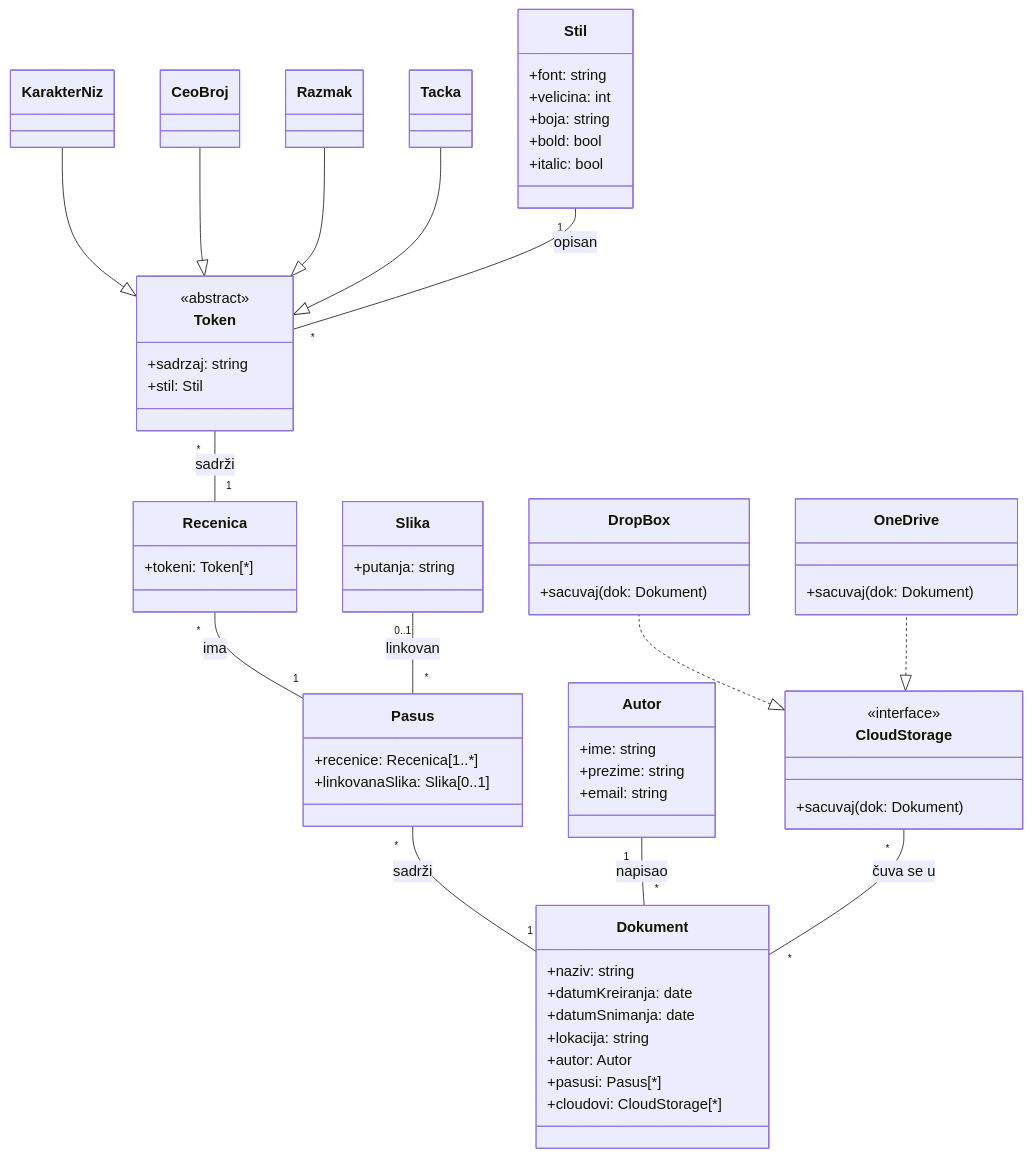
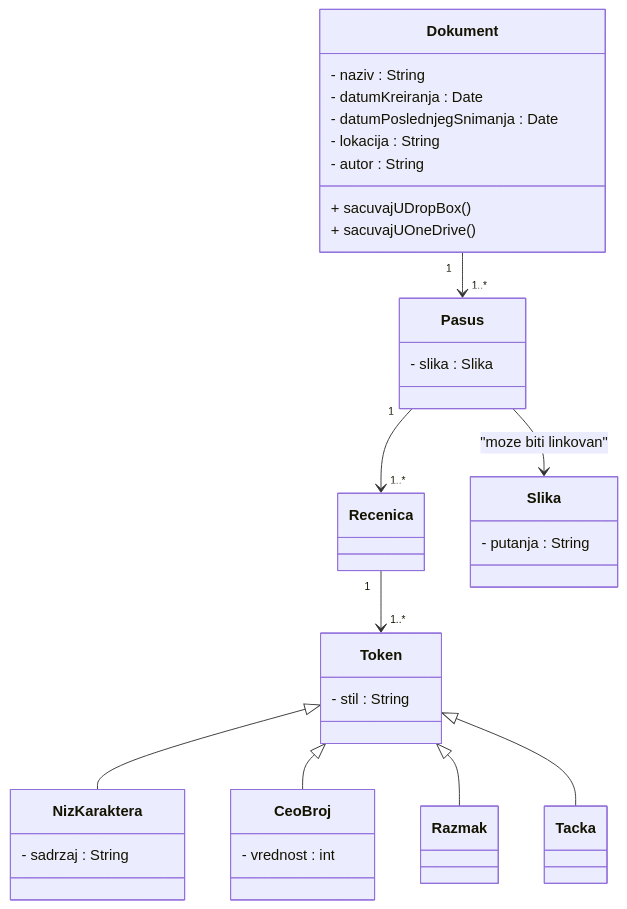
Before and after one commit to lazarevicOgnjen/II-godina: the diagram in oopj/UML/januar-2024.md, drawn with Mermaid. The commit also changed other lines of this file, not shown here.

````diff
--- a/oopj/UML/januar-2024.md
+++ b/oopj/UML/januar-2024.md
@@ -3,37 +3,32 @@
 ```mermaid
-
 classDiagram
-    direction BT
-
     class Dokument {
-        +naziv: string
-        +datumKreiranja: date
-        +datumSnimanja: date
-        +lokacija: string
-        +autor: Autor
-        +pasusi: Pasus[*]
-        +cloudovi: CloudStorage[*]
+        - naziv : String
+        - datumKreiranja : Date
+        - datumPoslednjegSnimanja : Date
+        - lokacija : String
+        - autor : String
+        + sacuvajUDropBox()
+        + sacuvajUOneDrive()
     }
 
     class Pasus {
-        +recenice: Recenica[1..*]
-        +linkovanaSlika: Slika[0..1]
+        - slika : Slika
     }
 
     class Recenica {
-        +tokeni: Token[*]
     }
 
     class Token {
-        <<abstract>>
-        +sadrzaj: string
-        +stil: Stil
+        - stil : String
     }
 
-    class KarakterNiz {
+    class NizKaraktera {
+        - sadrzaj : String
     }
 
     class CeoBroj {
+        - vrednost : int
     }
 
     class Razmak {
@@ -42,49 +37,18 @@
     class Tacka {
     }
 
-    class Stil {
-        +font: string
-        +velicina: int
-        +boja: string
-        +bold: bool
-        +italic: bool
+    class Slika {
+        - putanja : String
     }
 
-    class Slika {
-        +putanja: string
-    }
-
-    class Autor {
-        +ime: string
-        +prezime: string
-        +email: string
-    }
-
-    class CloudStorage {
-        <<interface>>
-        +sacuvaj(dok: Dokument)
-    }
-
-    class DropBox {
-        +sacuvaj(dok: Dokument)
-    }
-
-    class OneDrive {
-        +sacuvaj(dok: Dokument)
-    }
-
-    Dokument "1" -- "*" Pasus : sadrži
-    Dokument "*" -- "1" Autor : napisao
-    Dokument "*" -- "*" CloudStorage : čuva se u
-    Pasus "1" -- "*" Recenica : ima
-    Pasus "*" -- "0..1" Slika : linkovan
-    Recenica "1" -- "*" Token : sadrži
-    Token <|-- KarakterNiz
+    Dokument "1" --> "1..*" Pasus
+    Pasus "1" --> "1..*" Recenica
+    Recenica "1" --> "1..*" Token
+    Pasus --> Slika : "moze biti linkovan"
+    Token <|-- NizKaraktera
     Token <|-- CeoBroj
     Token <|-- Razmak
     Token <|-- Tacka
-    Token "*" -- "1" Stil : opisan
-    CloudStorage <|.. DropBox
-    CloudStorage <|.. OneDrive
+
 
 ```
````
